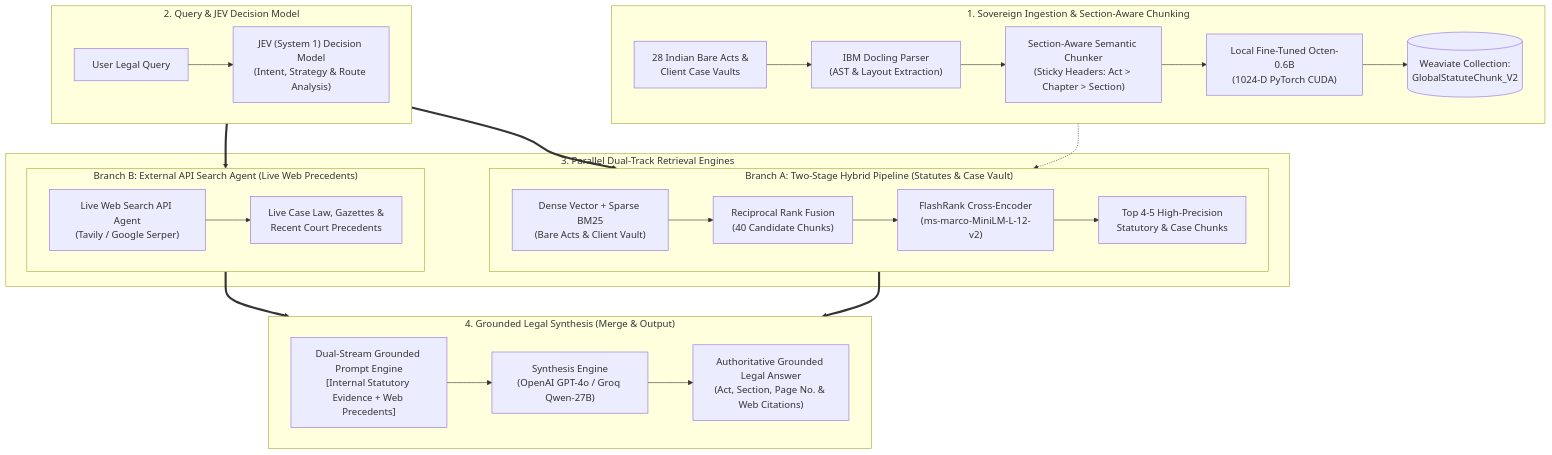
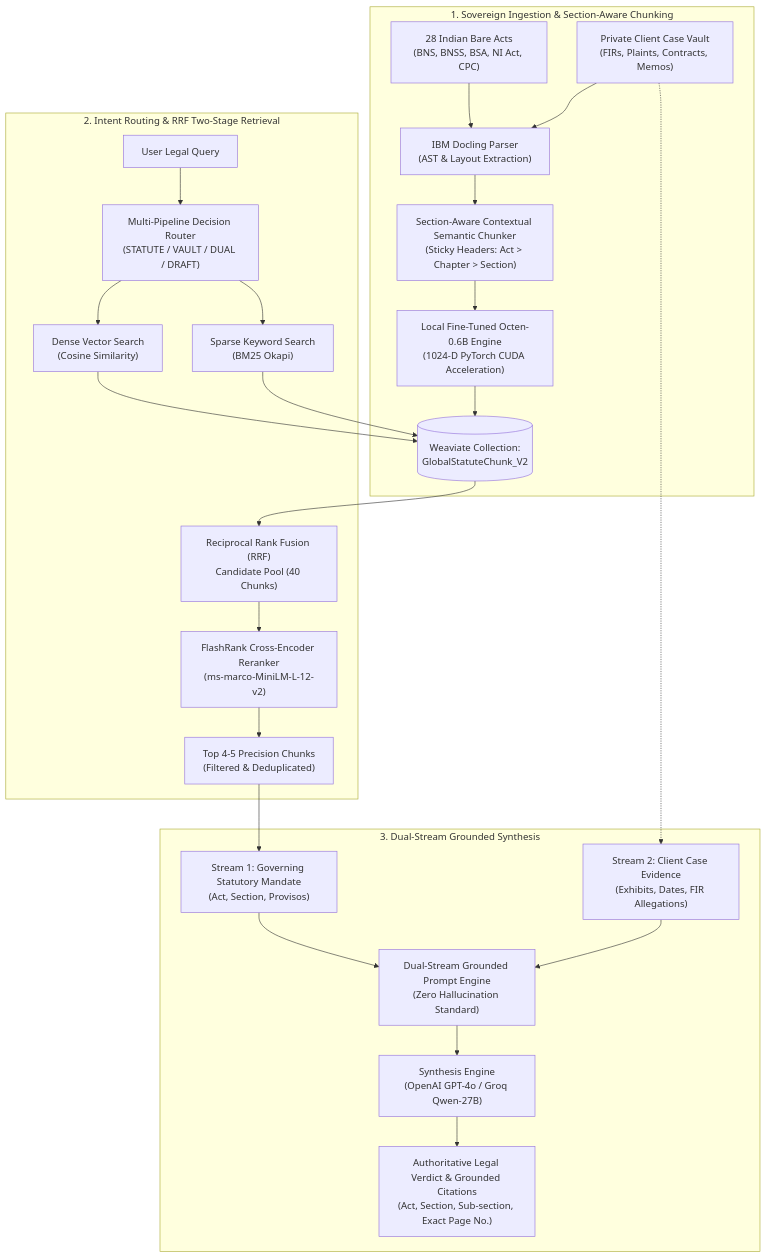
Before and after one commit to JaywardhanYadav/LegalDrishti-AI: the second of 2 diagrams in README.md, drawn with Mermaid. The commit also changed other lines of this file, not shown here.

Commit message:
docs: integrate Jev System 1 Decision Model and parallel web search API agent into Version 1 architecture

````diff
--- a/README.md
+++ b/README.md
@@ -69,35 +86,39 @@
 ```mermaid
 flowchart TD
     subgraph INGEST_V2["1. Sovereign Ingestion & Section-Aware Chunking"]
-        direction LR
-        DOCS_V2["28 Indian Bare Acts &\nClient Case Vaults"] --> DOCLING["IBM Docling Parser\n(AST & Layout Extraction)"] --> CHUNKER_V2["Section-Aware Semantic Chunker\n(Sticky Headers: Act > Chapter > Section)"] --> EMBED_V2["Local Fine-Tuned Octen-0.6B\n(1024-D PyTorch CUDA)"] --> WEAVIATE_V2[("Weaviate Collection:\nGlobalStatuteChunk_V2")]
+        STATUTES_V2["28 Indian Bare Acts\n(BNS, BNSS, BSA, NI Act, CPC)"]
+        VAULT_V2["Private Client Case Vault\n(FIRs, Plaints, Contracts, Memos)"]
+
+        STATUTES_V2 --> DOCLING["IBM Docling Parser\n(AST & Layout Extraction)"]
+        VAULT_V2 --> DOCLING
+        
+        DOCLING --> CHUNKER_V2["Section-Aware Contextual Semantic Chunker\n(Sticky Headers: Act > Chapter > Section)"]
+        CHUNKER_V2 --> EMBED_V2["Local Fine-Tuned Octen-0.6B Engine\n(1024-D PyTorch CUDA Acceleration)"]
+        EMBED_V2 --> WEAVIATE_V2[("Weaviate Collection:\nGlobalStatuteChunk_V2")]
     end
 
-    subgraph DECISION_V2["2. Query & JEV Decision Model"]
-        direction LR
-        USER_Q["User Legal Query"] --> JEV_ROUTER["JEV (System 1) Decision Model\n(Intent, Strategy & Route Analysis)"]
+    subgraph RETRIEVE_V2["2. Intent Routing & RRF Two-Stage Retrieval"]
+        QUERY_V2["User Legal Query"] --> ROUTER_V2["Multi-Pipeline Decision Router\n(STATUTE / VAULT / DUAL / DRAFT)"]
+        
+        ROUTER_V2 --> DENSE_V2["Dense Vector Search\n(Cosine Similarity)"]
+        ROUTER_V2 --> BM25_V2["Sparse Keyword Search\n(BM25 Okapi)"]
+        
+        DENSE_V2 --> WEAVIATE_V2
+        BM25_V2 --> WEAVIATE_V2
+        
+        WEAVIATE_V2 --> RRF_V2["Reciprocal Rank Fusion (RRF)\nCandidate Pool (40 Chunks)"]
+        RRF_V2 --> FLASHRANK_V2["FlashRank Cross-Encoder Reranker\n(ms-marco-MiniLM-L-12-v2)"]
+        FLASHRANK_V2 --> TOP_V2["Top 4-5 Precision Chunks\n(Filtered & Deduplicated)"]
     end
 
-    subgraph BRANCHES_V2["3. Parallel Dual-Track Retrieval Engines"]
-        subgraph PIPELINE_A["Branch A: Two-Stage Hybrid Pipeline (Statutes & Case Vault)"]
-            direction LR
-            HYBRID_SEARCH["Dense Vector + Sparse BM25\n(Bare Acts & Client Vault)"] --> RRF_FUSION["Reciprocal Rank Fusion\n(40 Candidate Chunks)"] --> FLASHRANK_V2["FlashRank Cross-Encoder\n(ms-marco-MiniLM-L-12-v2)"] --> TOP_INTERNAL["Top 4-5 High-Precision\nStatutory & Case Chunks"]
-        end
-
-        subgraph PIPELINE_B["Branch B: External API Search Agent (Live Web Precedents)"]
-            direction LR
-            WEB_AGENT["Live Web Search API Agent\n(Tavily / Google Serper)"] --> WEB_RESULTS["Live Case Law, Gazettes &\nRecent Court Precedents"]
-        end
+    subgraph GEN_V2["3. Dual-Stream Grounded Synthesis"]
+        TOP_V2 --> STREAM1_V2["Stream 1: Governing Statutory Mandate\n(Act, Section, Provisos)"]
+        VAULT_V2 -.-> STREAM2_V2["Stream 2: Client Case Evidence\n(Exhibits, Dates, FIR Allegations)"]
+        
+        STREAM1_V2 --> PROMPT_V2["Dual-Stream Grounded Prompt Engine\n(Zero Hallucination Standard)"]
+        STREAM2_V2 --> PROMPT_V2
+        
+        PROMPT_V2 --> SYNTHESIS_V2["Synthesis Engine\n(OpenAI GPT-4o / Groq Qwen-27B)"]
+        SYNTHESIS_V2 --> FINAL_V2["Authoritative Legal Verdict & Grounded Citations\n(Act, Section, Sub-section, Exact Page No.)"]
     end
-
-    subgraph SYNTHESIS_V2["4. Grounded Legal Synthesis (Merge & Output)"]
-        direction LR
-        MERGE_PROMPT["Dual-Stream Grounded Prompt Engine\n[Internal Statutory Evidence + Web Precedents]"] --> LLM_GEN["Synthesis Engine\n(OpenAI GPT-4o / Groq Qwen-27B)"] --> FINAL_VERDICT["Authoritative Grounded Legal Answer\n(Act, Section, Page No. & Web Citations)"]
-    end
-
-    INGEST_V2 -.-> HYBRID_SEARCH
-    JEV_ROUTER ==> PIPELINE_A
-    JEV_ROUTER ==> PIPELINE_B
-    TOP_INTERNAL ==> MERGE_PROMPT
-    WEB_RESULTS ==> MERGE_PROMPT
 ```
````
